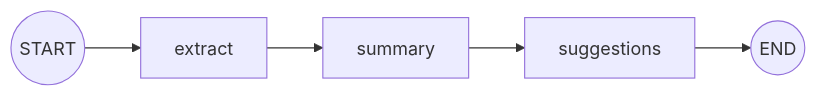
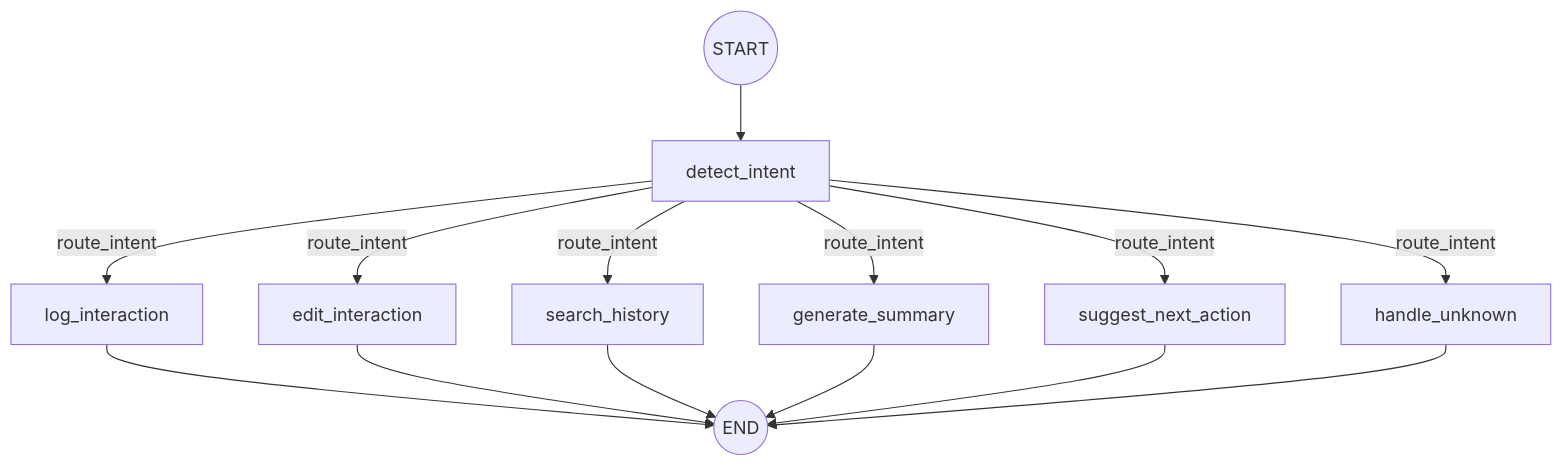
Before and after one commit to AkshatMishra007/CRM-HCP-Module: the second of 3 diagrams in README.md, drawn with Mermaid. The commit also changed other lines of this file and 6 other files, not shown here.

````diff
--- a/README.md
+++ b/README.md
@@ -63,7 +66,17 @@
 ```mermaid
-graph LR
-    START((START)) --> Extract[extract]
-    Extract --> Summary[summary]
-    Summary --> Suggestions[suggestions]
-    Suggestions --> END((END))
+graph TD
+    START((START)) --> detect_intent[detect_intent]
+    detect_intent -->|route_intent| log_interaction[log_interaction]
+    detect_intent -->|route_intent| edit_interaction[edit_interaction]
+    detect_intent -->|route_intent| search_history[search_history]
+    detect_intent -->|route_intent| generate_summary[generate_summary]
+    detect_intent -->|route_intent| suggest_next_action[suggest_next_action]
+    detect_intent -->|route_intent| handle_unknown[handle_unknown]
+    
+    log_interaction --> END((END))
+    edit_interaction --> END((END))
+    search_history --> END((END))
+    generate_summary --> END((END))
+    suggest_next_action --> END((END))
+    handle_unknown --> END((END))
 ```
````
